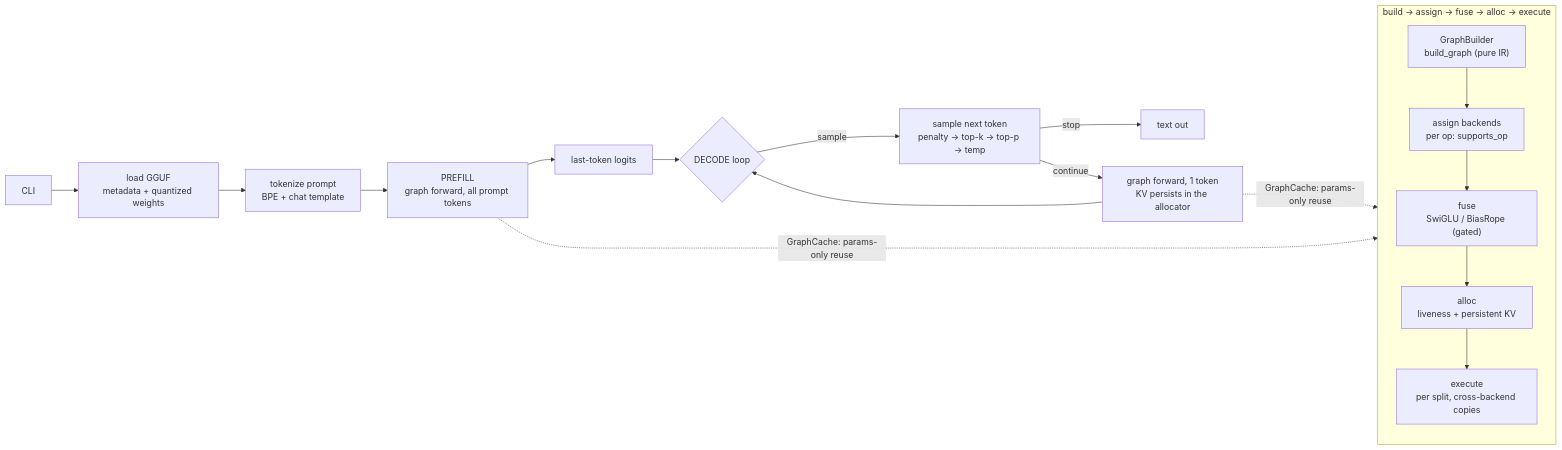
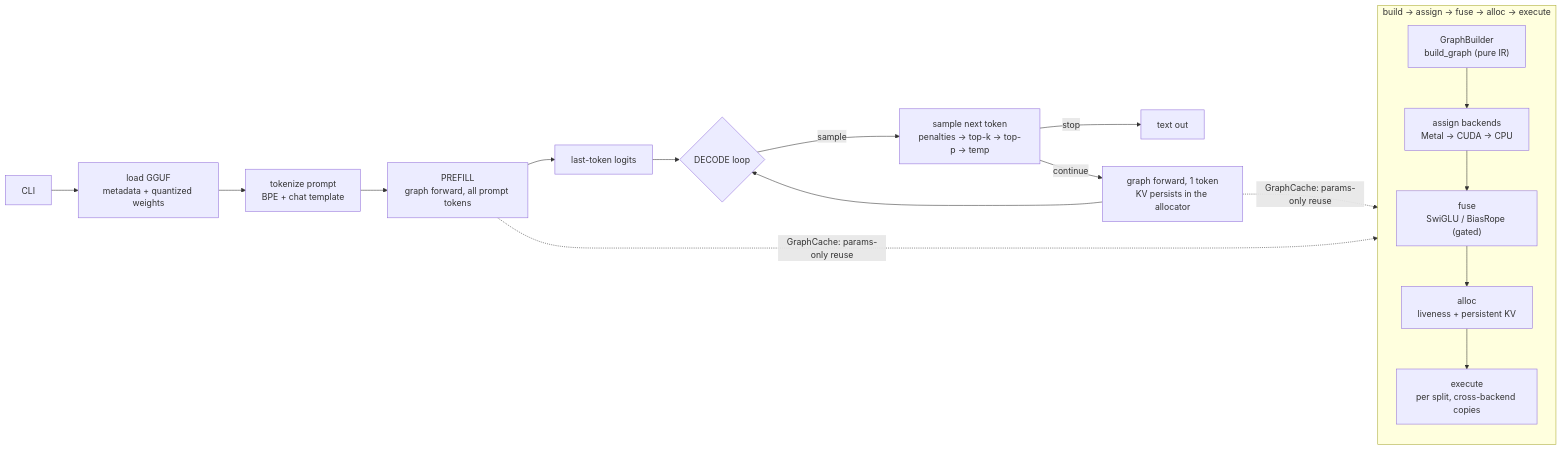
One commit to yusiwen/minfer changed the diagram in README.md. Above: the diagram before and after it, drawn with Mermaid. The commit also changed other lines of this file and 1 other file, not shown here.

First line of the commit message:
docs(architecture): sync ARCHITECTURE/README with the current code

````diff
--- a/README.md
+++ b/README.md
@@ -83,22 +84,22 @@
 ```mermaid
 flowchart LR
     subgraph GRAPH["build → assign → fuse → alloc → execute"]
-        B1["GraphBuilder<br/>build_graph (pure IR)"] --> B2["assign backends<br/>per op: supports_op"]
+        B1["GraphBuilder<br/>build_graph (pure IR)"] --> B2["assign backends<br/>Metal → CUDA → CPU"]
         B2 --> B3["fuse<br/>SwiGLU / BiasRope (gated)"]
         B3 --> B4["alloc<br/>liveness + persistent KV"]
         B4 --> B5["execute<br/>per split, cross-backend copies"]
     end
 
     A["CLI"] --> L["load GGUF<br/>metadata + quantized weights"]
     L --> C["tokenize prompt<br/>BPE + chat template"]
     C --> D["PREFILL<br/>graph forward, all prompt tokens"]
     D --> E["last-token logits"]
     E --> F{"DECODE loop"}
-    F -->|sample| G["sample next token<br/>penalty → top-k → top-p → temp"]
+    F -->|sample| G["sample next token<br/>penalties → top-k → top-p → temp"]
     G -->|stop| H["text out"]
     G -->|continue| I["graph forward, 1 token<br/>KV persists in the allocator"]
     I --> F
 
     D -.->|"GraphCache: params-only reuse"| GRAPH
     I -.->|"GraphCache: params-only reuse"| GRAPH
 ```
````
